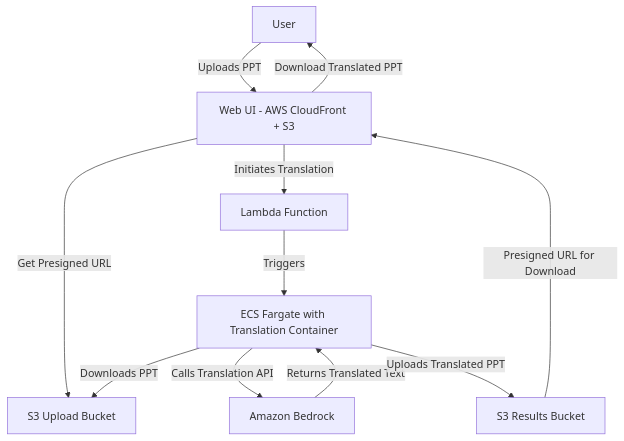
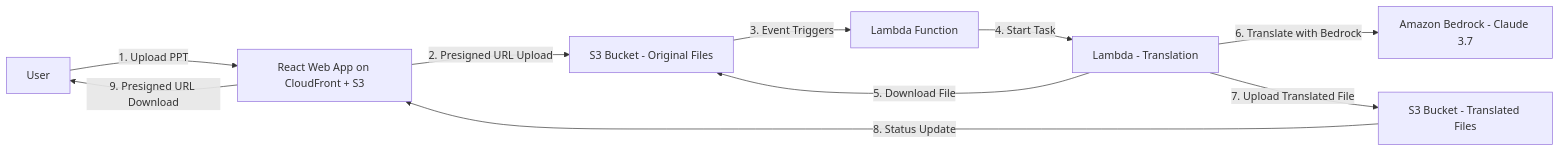
The diagram in README.md (snese/ppt-tranlator), drawn with Mermaid before and after one commit. The commit also changed other lines of this file and 10 other files, not shown here.

````diff
--- a/README.md
+++ b/README.md
@@ -23,13 +22,12 @@
 ```mermaid
-graph TD
-    A[User] -->|Uploads PPT| B[Web UI - AWS CloudFront + S3]
-    B -->|Get Presigned URL| C[S3 Upload Bucket]
-    B -->|Initiates Translation| D[Lambda Function]
-    D -->|Triggers| E[ECS Fargate with Translation Container]
-    E -->|Downloads PPT| C
-    E -->|Calls Translation API| F[Amazon Bedrock]
-    F -->|Returns Translated Text| E
-    E -->|Uploads Translated PPT| G[S3 Results Bucket]
-    G -->|Presigned URL for Download| B
-    B -->|Download Translated PPT| A
+flowchart LR
+    User[User] -->|1. Upload PPT| WebApp[React Web App on CloudFront + S3]
+    WebApp -->|2. Presigned URL Upload| S3Original[S3 Bucket - Original Files]
+    S3Original -->|3. Event Triggers| Lambda[Lambda Function]
+    Lambda -->|4. Start Task| LambdaTranslate[Lambda - Translation]
+    LambdaTranslate -->|5. Download File| S3Original
+    LambdaTranslate -->|6. Translate with Bedrock| Bedrock[Amazon Bedrock - Claude 3.7]
+    LambdaTranslate -->|7. Upload Translated File| S3Translated[S3 Bucket - Translated Files]
+    S3Translated -->|8. Status Update| WebApp
+    WebApp -->|9. Presigned URL Download| User
 ```
````
